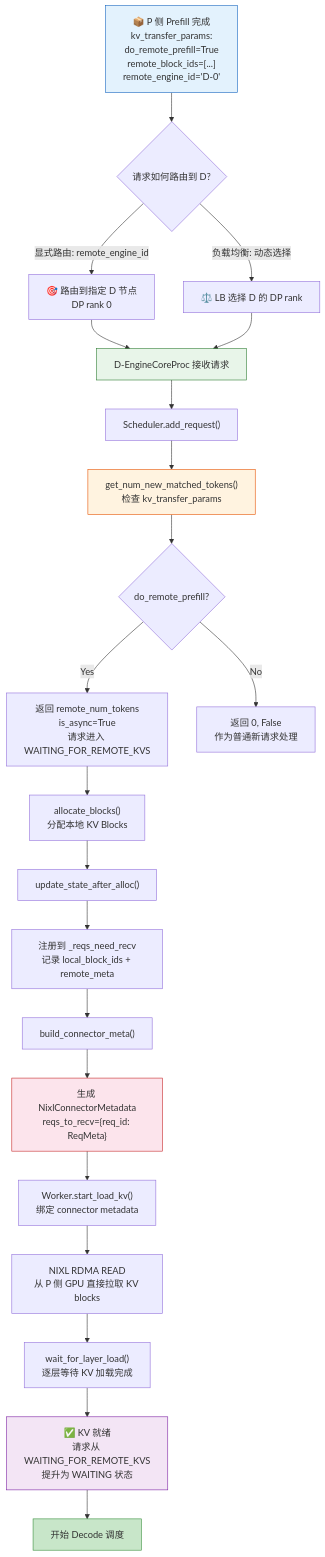
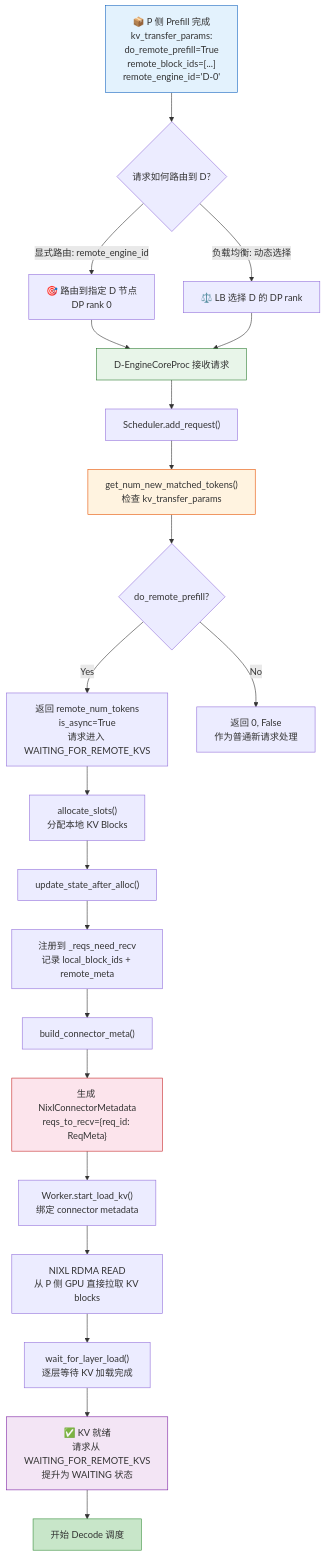
The fourth of 10 diagrams in vllm-learning-path/03-调度与KV缓存/11-PD分离架构详解.md (keyuanweb/ai-learning-path), drawn with Mermaid before and after one commit. The commit also changed other lines of this file and 176 other files, not shown here.

First line of the commit message:
docs: 全仓库文档校对修复——错别字/失效链接/Mermaid图/源码引用

````diff
--- a/vllm-learning-path/03-调度与KV缓存/11-PD分离架构详解.md
+++ b/vllm-learning-path/03-调度与KV缓存/11-PD分离架构详解.md
@@ -181,38 +181,38 @@
 ```mermaid
 flowchart TB
     P_FINISH["📦 P 侧 Prefill 完成<br/>kv_transfer_params:<br/>do_remote_prefill=True<br/>remote_block_ids=[...]<br/>remote_engine_id='D-0'"] --> ROUTE_DECIDE
 
     ROUTE_DECIDE{请求如何路由到 D?}
     ROUTE_DECIDE -->|"显式路由: remote_engine_id"| D_RANK["🎯 路由到指定 D 节点<br/>DP rank 0"]
     ROUTE_DECIDE -->|"负载均衡: 动态选择"| D_LB["⚖️ LB 选择 D 的 DP rank"]
 
     D_RANK --> D_EC["D-EngineCoreProc 接收请求"]
     D_LB --> D_EC
 
     D_EC --> D_SCHED_ADD["Scheduler.add_request()"]
     D_SCHED_ADD --> D_MATCHED["get_num_new_matched_tokens()<br/>检查 kv_transfer_params"]
 
     D_MATCHED --> D_CHECK{do_remote_prefill?}
 
     D_CHECK -->|"Yes"| D_EXTERNAL["返回 remote_num_tokens<br/>is_async=True<br/>请求进入 WAITING_FOR_REMOTE_KVS"]
     D_CHECK -->|"No"| D_NEW["返回 0, False<br/>作为普通新请求处理"]
 
-    D_EXTERNAL --> D_ALLOC["allocate_blocks()<br/>分配本地 KV Blocks"]
+    D_EXTERNAL --> D_ALLOC["allocate_slots()<br/>分配本地 KV Blocks"]
     D_ALLOC --> D_UPDATE["update_state_after_alloc()"]
     D_UPDATE --> D_REGISTER["注册到 _reqs_need_recv<br/>记录 local_block_ids + remote_meta"]
     D_REGISTER --> D_BUILD["build_connector_meta()"]
     D_BUILD --> D_META["生成 NixlConnectorMetadata<br/>reqs_to_recv={req_id: ReqMeta}"]
 
     D_META --> D_START["Worker.start_load_kv()<br/>绑定 connector metadata"]
     D_START --> D_NIXL["NIXL RDMA READ<br/>从 P 侧 GPU 直接拉取 KV blocks"]
     D_NIXL --> D_WAIT["wait_for_layer_load()<br/>逐层等待 KV 加载完成"]
     D_WAIT --> D_READY["✅ KV 就绪<br/>请求从 WAITING_FOR_REMOTE_KVS<br/>提升为 WAITING 状态"]
     D_READY --> D_DECODE["开始 Decode 调度"]
 
     style P_FINISH fill:#e3f2fd,stroke:#1565c0
     style D_EC fill:#e8f5e9,stroke:#2e7d32
     style D_MATCHED fill:#fff3e0,stroke:#e65100
     style D_META fill:#fce4ec,stroke:#c62828
     style D_READY fill:#f3e5f5,stroke:#7b1fa2
     style D_DECODE fill:#c8e6c9,stroke:#388e3c
 ```
````
